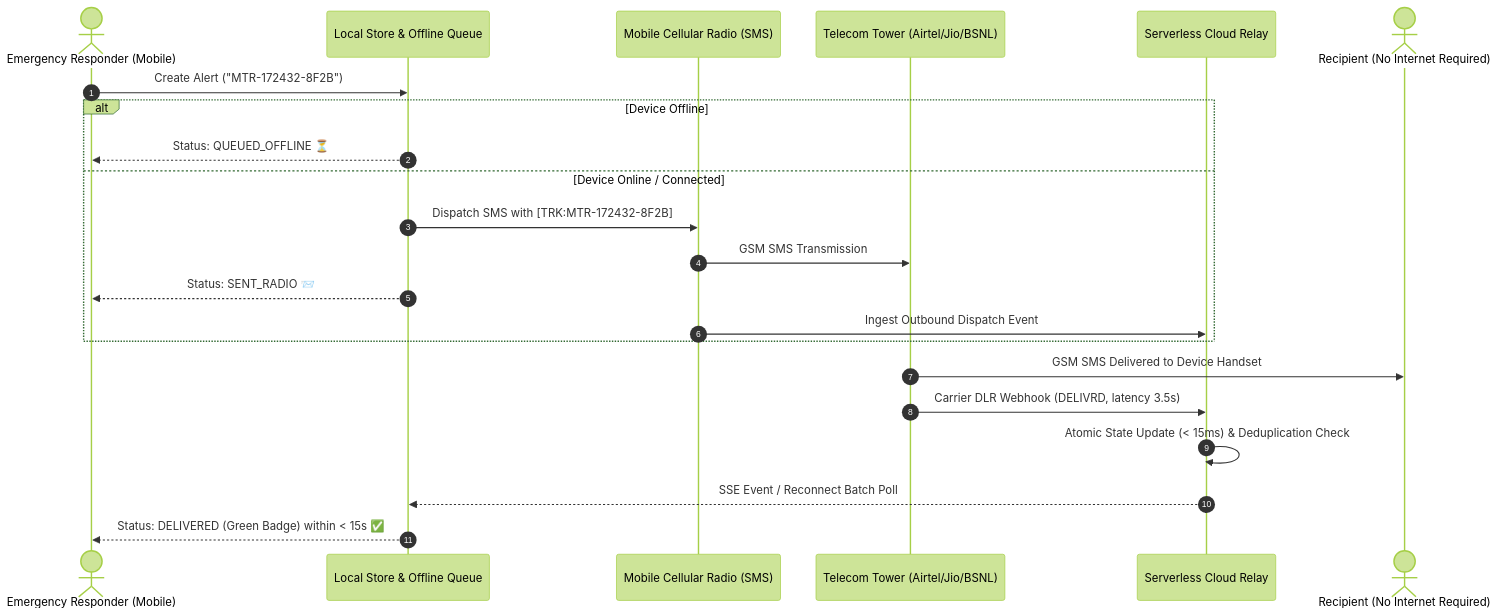
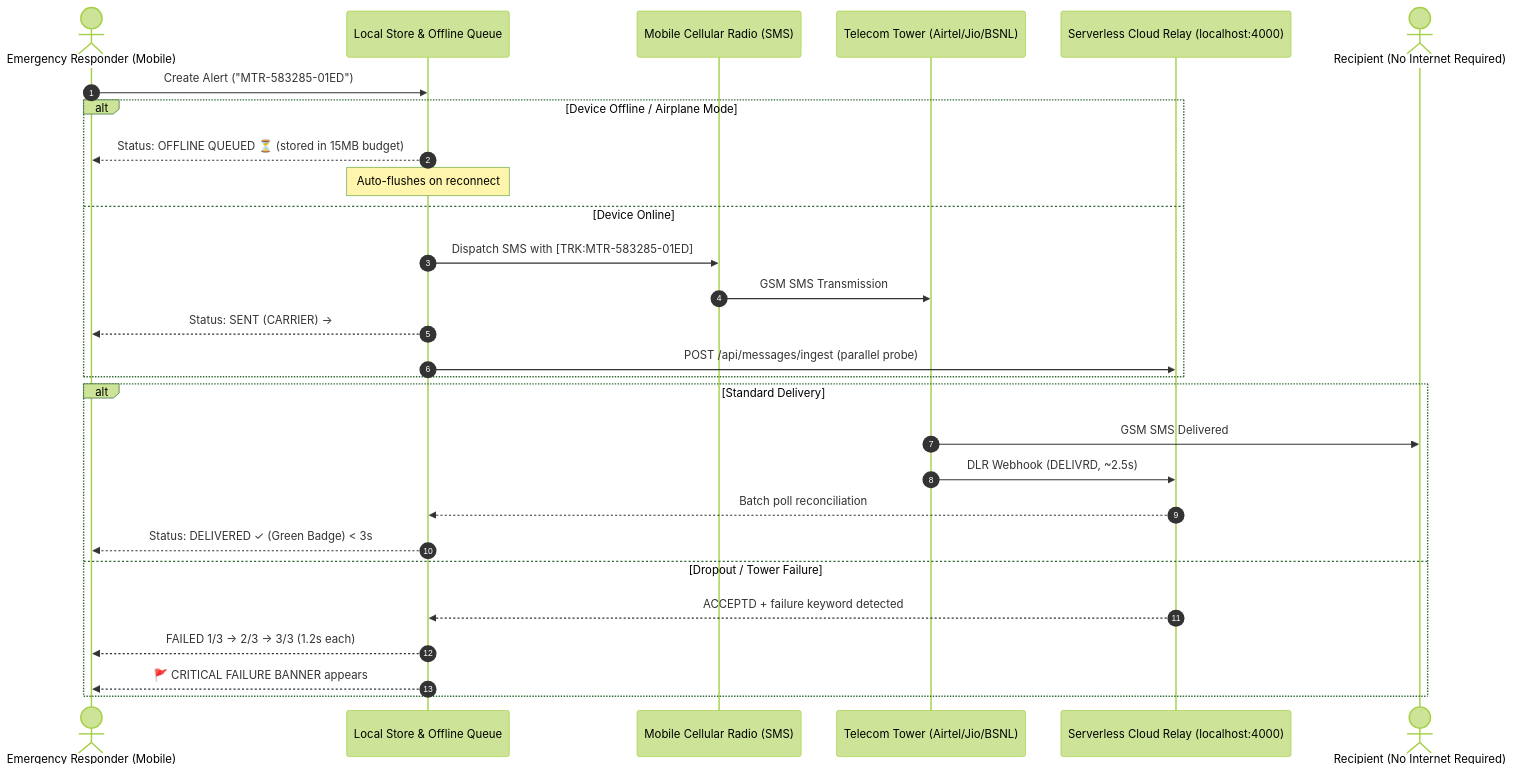
The diagram in README.md (ayu9x/MobileTrust-Relay), drawn with Mermaid (forest theme) before and after one commit. The commit also changed other lines of this file, not shown here.

````diff
--- a/README.md
+++ b/README.md
@@ -100,26 +57,32 @@
 ```mermaid
 sequenceDiagram
     autonumber
     actor Responder as Emergency Responder (Mobile)
     participant EdgeStore as Local Store & Offline Queue
     participant Radio as Mobile Cellular Radio (SMS)
     participant Carrier as Telecom Tower (Airtel/Jio/BSNL)
-    participant Relay as Serverless Cloud Relay
+    participant Relay as Serverless Cloud Relay (localhost:4000)
     actor Recipient as Recipient (No Internet Required)
 
-    Responder->>EdgeStore: Create Alert ("MTR-172432-8F2B")
-    alt Device Offline
-        EdgeStore-->>Responder: Status: QUEUED_OFFLINE ⏳
-    else Device Online / Connected
-        EdgeStore->>Radio: Dispatch SMS with [TRK:MTR-172432-8F2B]
+    Responder->>EdgeStore: Create Alert ("MTR-583285-01ED")
+    alt Device Offline / Airplane Mode
+        EdgeStore-->>Responder: Status: OFFLINE QUEUED ⏳ (stored in 15MB budget)
+        Note over EdgeStore: Auto-flushes on reconnect
+    else Device Online
+        EdgeStore->>Radio: Dispatch SMS with [TRK:MTR-583285-01ED]
         Radio->>Carrier: GSM SMS Transmission
-        EdgeStore-->>Responder: Status: SENT_RADIO 📨
-        Radio->>Relay: Ingest Outbound Dispatch Event
+        EdgeStore-->>Responder: Status: SENT (CARRIER) →
+        EdgeStore->>Relay: POST /api/messages/ingest (parallel probe)
     end
 
-    Carrier->>Recipient: GSM SMS Delivered to Device Handset
-    Carrier->>Relay: Carrier DLR Webhook (DELIVRD, latency 3.5s)
-    Relay->>Relay: Atomic State Update (< 15ms) & Deduplication Check
-    Relay-->>EdgeStore: SSE Event / Reconnect Batch Poll
-    EdgeStore-->>Responder: Status: DELIVERED (Green Badge) within < 15s ✅
+    alt Standard Delivery
+        Carrier->>Recipient: GSM SMS Delivered
+        Carrier->>Relay: DLR Webhook (DELIVRD, ~2.5s)
+        Relay-->>EdgeStore: Batch poll reconciliation
+        EdgeStore-->>Responder: Status: DELIVERED ✓ (Green Badge) < 3s
+    else Dropout / Tower Failure
+        Relay-->>EdgeStore: ACCEPTD + failure keyword detected
+        EdgeStore-->>Responder: FAILED 1/3 → 2/3 → 3/3 (1.2s each)
+        EdgeStore-->>Responder: 🚩 CRITICAL FAILURE BANNER appears
+    end
 ```
````
